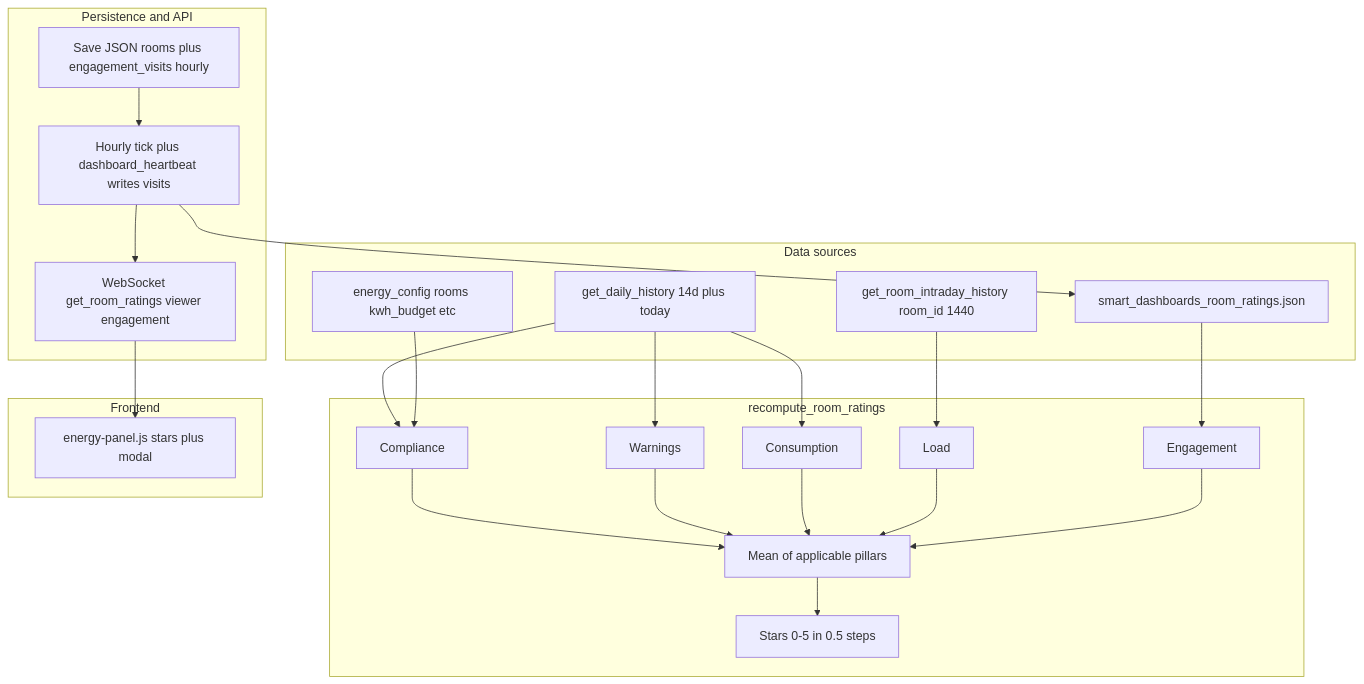
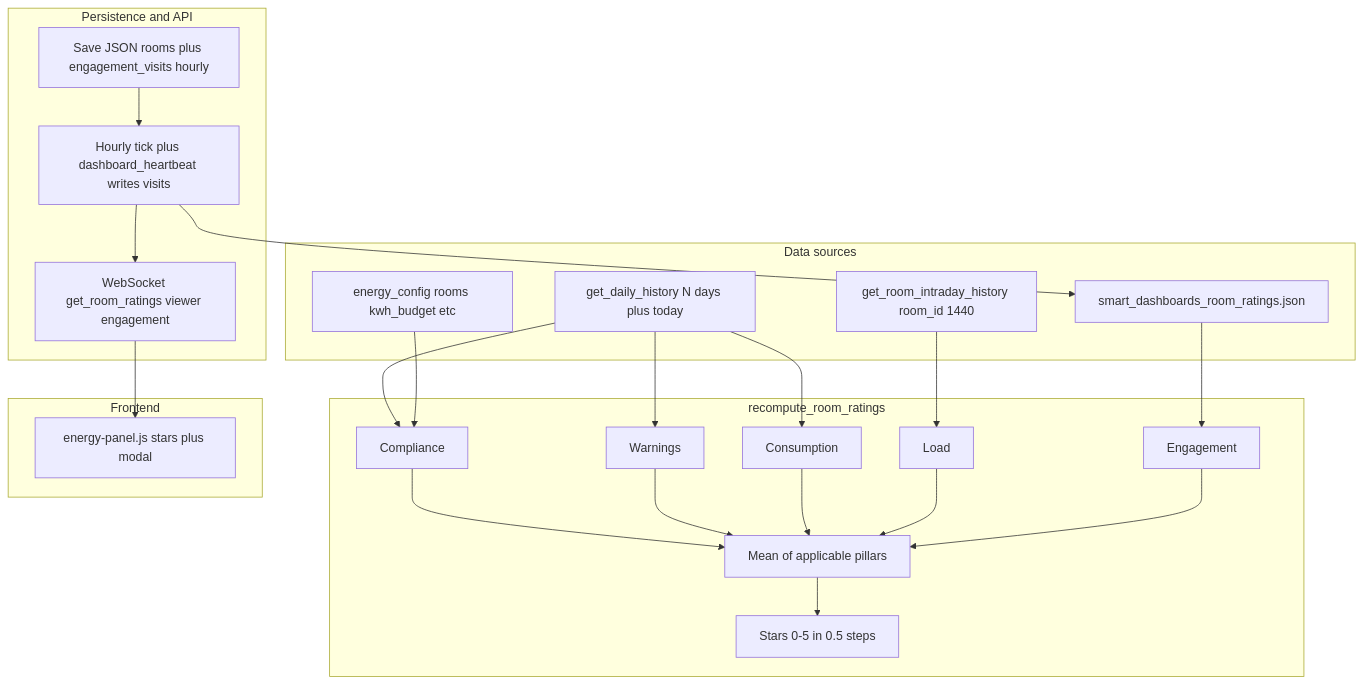
One commit to zodyking/Home-Energy changed the first of 2 diagrams in Agent-Files/room-efficiency-rating-reference.md. Above: the diagram before and after it, drawn with Mermaid. The commit also changed other lines of this file and 7 other files, not shown here.

````diff
--- a/Agent-Files/room-efficiency-rating-reference.md
+++ b/Agent-Files/room-efficiency-rating-reference.md
@@ -13,42 +13,42 @@
 ```mermaid
 flowchart TB
   subgraph sources [Data sources]
-    DH[get_daily_history 14d plus today]
+    DH[get_daily_history N days plus today]
     IH[get_room_intraday_history room_id 1440]
     JSON[smart_dashboards_room_ratings.json]
     CFG[energy_config rooms kwh_budget etc]
   end
   subgraph compute [recompute_room_ratings]
     P1[Compliance]
     P2[Warnings]
     P3[Consumption]
     P4[Load]
     P5[Engagement]
     AVG[Mean of applicable pillars]
     STARS[Stars 0-5 in 0.5 steps]
   end
   subgraph persist [Persistence and API]
     SAVE[Save JSON rooms plus engagement_visits hourly]
     WS[WebSocket get_room_ratings viewer engagement]
     HR[Hourly tick plus dashboard_heartbeat writes visits]
   end
   subgraph ui [Frontend]
     PANEL[energy-panel.js stars plus modal]
   end
   DH --> P1
   DH --> P2
   DH --> P3
   CFG --> P1
   IH --> P4
   JSON --> P5
   HR --> JSON
   P1 --> AVG
   P2 --> AVG
   P3 --> AVG
   P4 --> AVG
   P5 --> AVG
   AVG --> STARS
   SAVE --> HR
   HR --> WS
   WS --> PANEL
 ```
````
